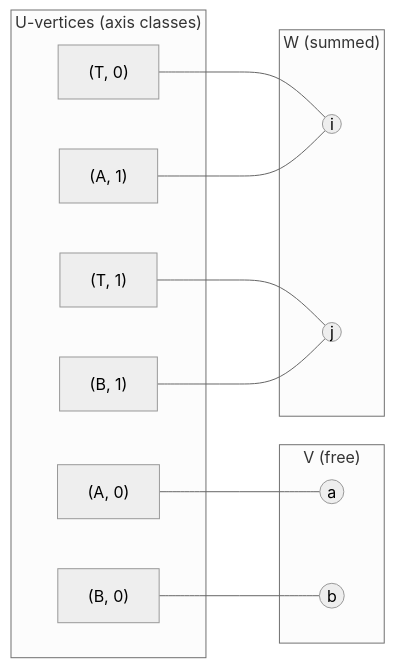
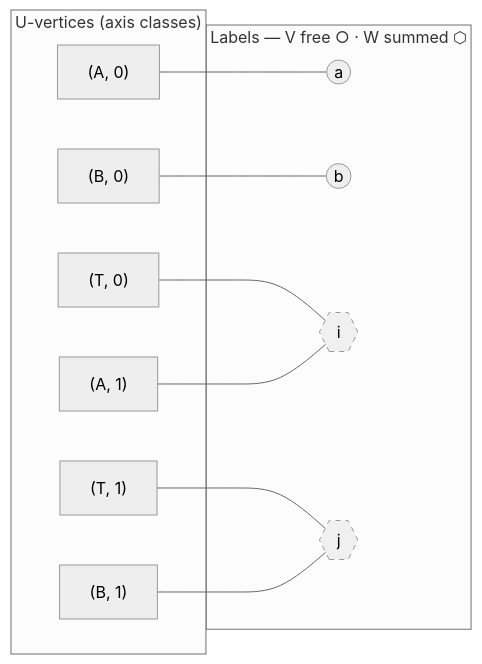
Before and after one commit to AIcrowd/whest: the first of 3 diagrams in docs/explanation/subgraph-symmetry.md, drawn with Mermaid.

Commit message:
docs: fix mermaid diagrams — V above W, shape-based V/W distinction
- D1: merge V and W into single Labels subgraph; use circles for V,
  dashed hexagons for W — forces V on top via edge gravity
- D2/D3: note "W is empty" in V subgraph title
- Verified rendering with mermaid-cli v10 (matching GitHub renderer)

````diff
--- a/docs/explanation/subgraph-symmetry.md
+++ b/docs/explanation/subgraph-symmetry.md
@@ -75,29 +75,29 @@
 ```mermaid
 %%{init: {'theme': 'neutral', 'flowchart': {'rankSpacing': 80}}}%%
 flowchart LR
     A0["(A, 0)"] --- a((a))
     B0["(B, 0)"] --- b((b))
-    T0["(T, 0)"] --- i((i))
+    T0["(T, 0)"] --- i{{i}}
     A1["(A, 1)"] --- i
-    T1["(T, 1)"] --- j((j))
+    T1["(T, 1)"] --- j{{j}}
     B1["(B, 1)"] --- j
 
     subgraph U ["U-vertices (axis classes)"]
         A0
         B0
         T0
         A1
         T1
         B1
     end
 
-    subgraph V ["V (free)"]
+    subgraph Labels ["Labels — V free ○ · W summed ⬡"]
         a
         b
-    end
-
-    subgraph W ["W (summed)"]
         i
         j
     end
+
+    style i fill:#f0f0f0,stroke:#999,stroke-dasharray:5 5
+    style j fill:#f0f0f0,stroke:#999,stroke-dasharray:5 5
 ```
````
